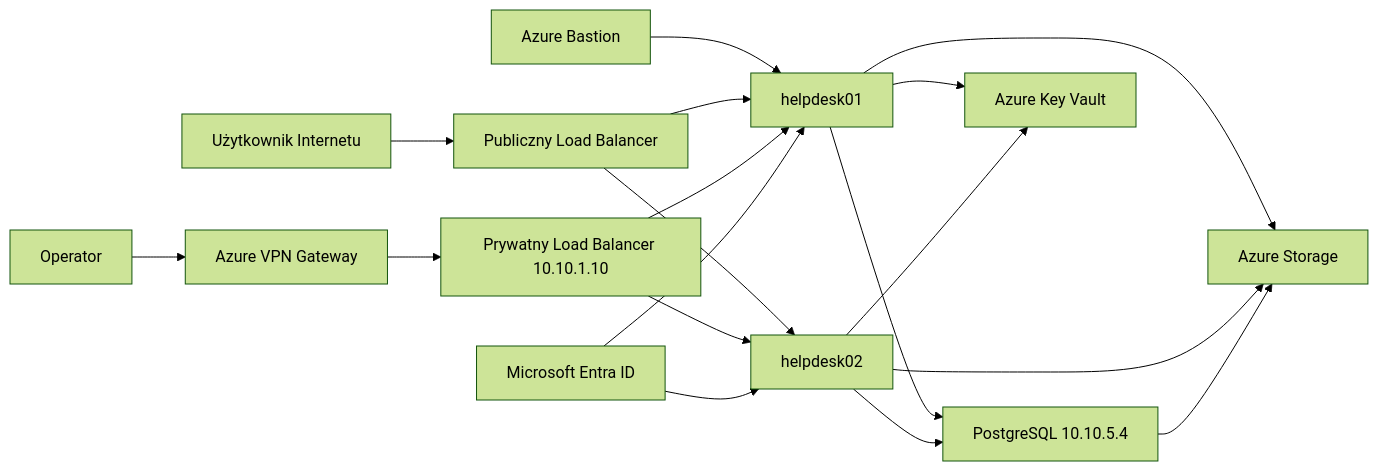
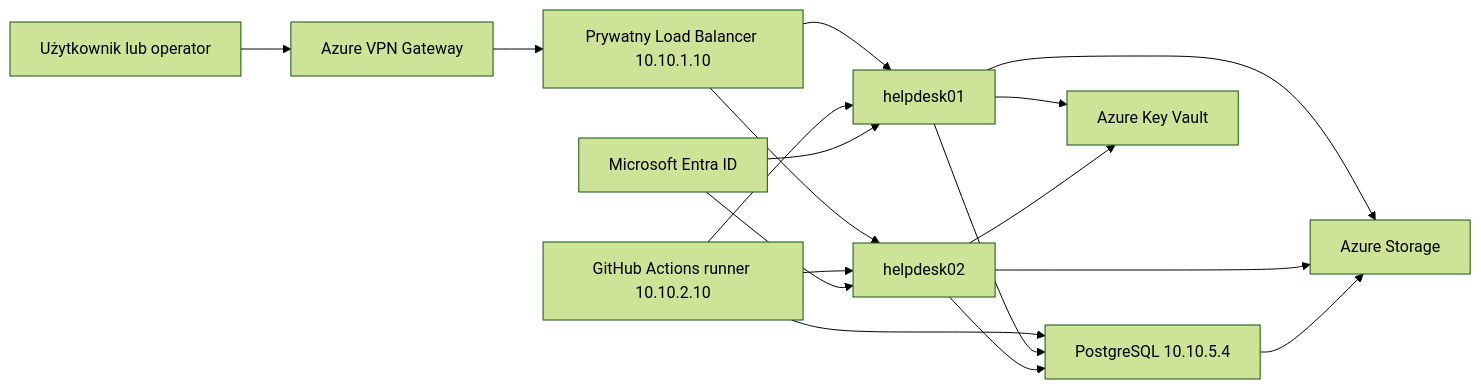
Before and after one commit to Vkick21/azure-vpn-ansible-project: the diagram in docs/project-report.md, drawn with Mermaid (forest theme). The commit also changed other lines of this file and 6 other files, not shown here.

Commit message:
docs: align repository documentation with final architecture

````diff
--- a/docs/project-report.md
+++ b/docs/project-report.md
@@ -29,20 +29,19 @@
 ```mermaid
 flowchart LR
-    Internet["Użytkownik Internetu"] --> PublicLB["Publiczny Load Balancer"]
-    VPNUser["Operator"] --> VPN["Azure VPN Gateway"]
+    VPNUser["Użytkownik lub operator"] --> VPN["Azure VPN Gateway"]
     VPN --> PrivateLB["Prywatny Load Balancer 10.10.1.10"]
-    Bastion["Azure Bastion"] --> App1["helpdesk01"]
-    PublicLB --> App1
-    PublicLB --> App2["helpdesk02"]
     PrivateLB --> App1
     PrivateLB --> App2["helpdesk02"]
+    Runner["GitHub Actions runner 10.10.2.10"] --> App1["helpdesk01"]
+    Runner --> App2
+    Runner --> DB
     App1 --> DB["PostgreSQL 10.10.5.4"]
     App2 --> DB
     App1 --> Storage["Azure Storage"]
     App2 --> Storage
     DB --> Storage
     App1 --> KeyVault["Azure Key Vault"]
     App2 --> KeyVault
     Entra["Microsoft Entra ID"] --> App1
     Entra --> App2
 ```
````
